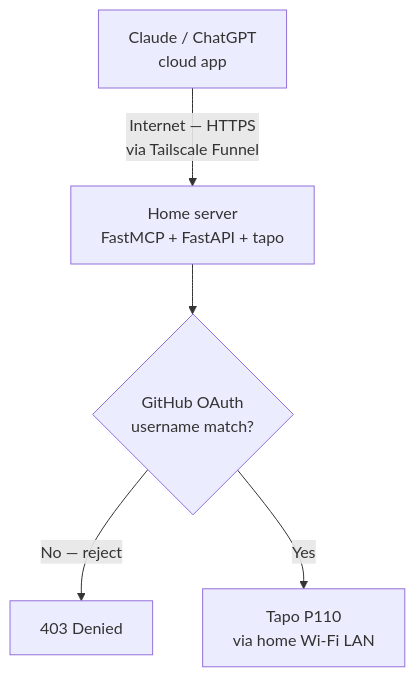
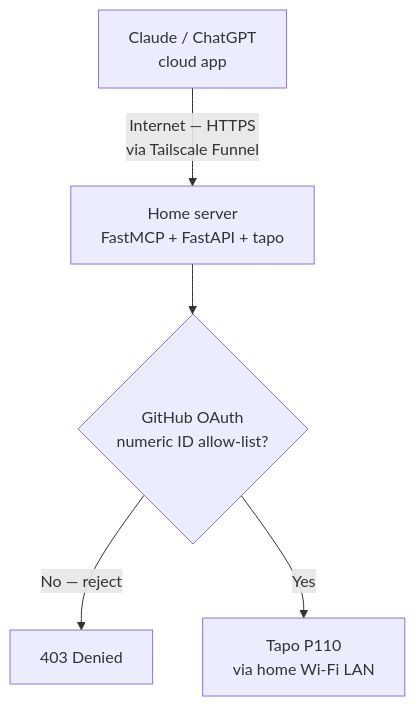
The second of 3 diagrams in docs/remote_access_architecture.md (Kartik-Chavan/home_automation_system), drawn with Mermaid before and after one commit. The commit also changed other lines of this file and 10 other files, not shown here.

````diff
--- a/docs/remote_access_architecture.md
+++ b/docs/remote_access_architecture.md
@@ -39,7 +39,7 @@
 ```mermaid
 flowchart TD
     A[Claude / ChatGPT<br/>cloud app] -->|Internet — HTTPS<br/>via Tailscale Funnel| B[Home server<br/>FastMCP + FastAPI + tapo]
-    B --> D{GitHub OAuth<br/>username match?}
+    B --> D{GitHub OAuth<br/>numeric ID allow-list?}
     D -->|No — reject| E[403 Denied]
     D -->|Yes| C[Tapo P110<br/>via home Wi-Fi LAN]
 ```
````
